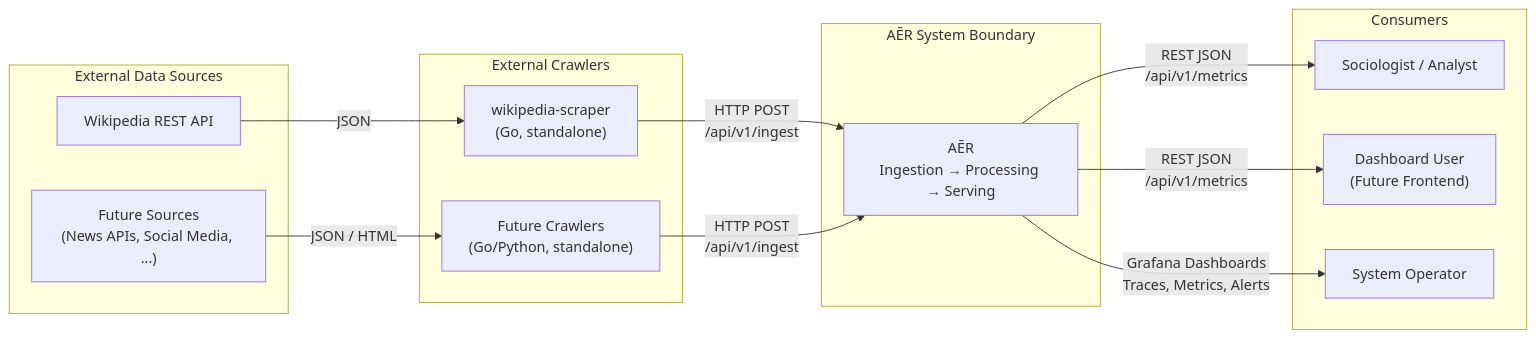
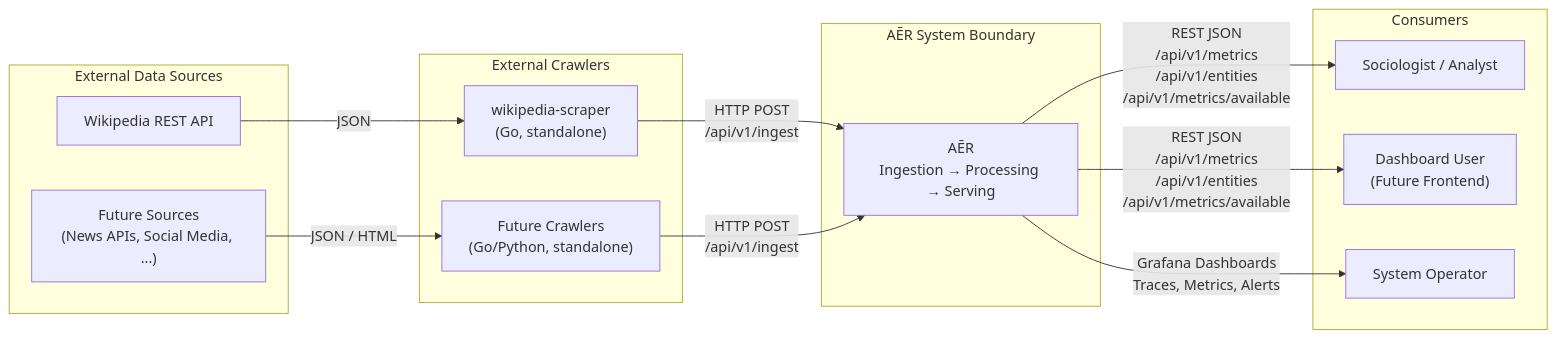
One commit to frogfromlake/aer changed the first of 2 diagrams in docs/arc42/03_system_scope_and_context.md. Above: the diagram before and after it, drawn with Mermaid. The commit also changed other lines of this file and 23 other files, not shown here.

````diff
--- a/docs/arc42/03_system_scope_and_context.md
+++ b/docs/arc42/03_system_scope_and_context.md
@@ -9,30 +9,30 @@
 ```mermaid
 graph LR
     subgraph "External Data Sources"
         WikiAPI["Wikipedia REST API"]
         FutureSrc["Future Sources<br/>(News APIs, Social Media, ...)"]
     end
 
     subgraph "External Crawlers"
         WikiCrawler["wikipedia-scraper<br/>(Go, standalone)"]
         FutureCrawler["Future Crawlers<br/>(Go/Python, standalone)"]
     end
 
     subgraph "AĒR System Boundary"
         AER["AĒR<br/>Ingestion → Processing → Serving"]
     end
 
     subgraph "Consumers"
         Analyst["Sociologist / Analyst"]
         Dashboard["Dashboard User<br/>(Future Frontend)"]
         Operator["System Operator"]
     end
 
     WikiAPI -->|"JSON"| WikiCrawler
     FutureSrc -->|"JSON / HTML"| FutureCrawler
     WikiCrawler -->|"HTTP POST<br/>/api/v1/ingest"| AER
     FutureCrawler -->|"HTTP POST<br/>/api/v1/ingest"| AER
-    AER -->|"REST JSON<br/>/api/v1/metrics"| Analyst
-    AER -->|"REST JSON<br/>/api/v1/metrics"| Dashboard
+    AER -->|"REST JSON<br/>/api/v1/metrics<br/>/api/v1/entities<br/>/api/v1/metrics/available"| Analyst
+    AER -->|"REST JSON<br/>/api/v1/metrics<br/>/api/v1/entities<br/>/api/v1/metrics/available"| Dashboard
     AER -->|"Grafana Dashboards<br/>Traces, Metrics, Alerts"| Operator
 ```
````
